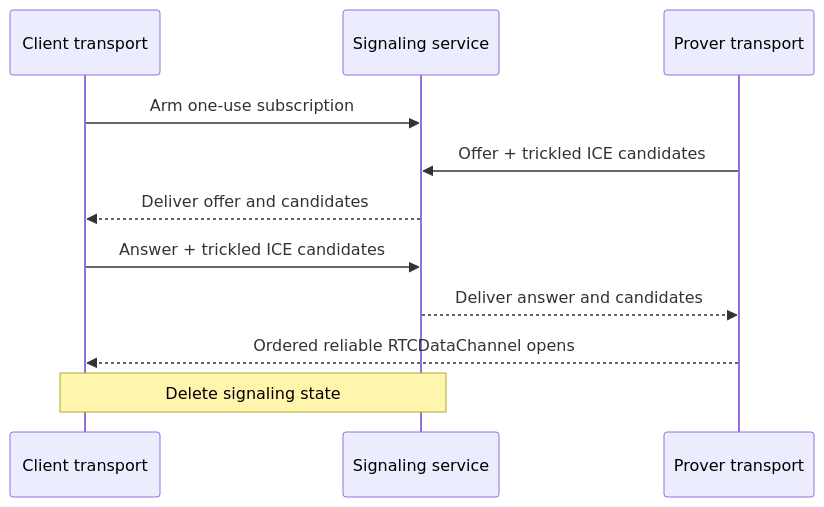
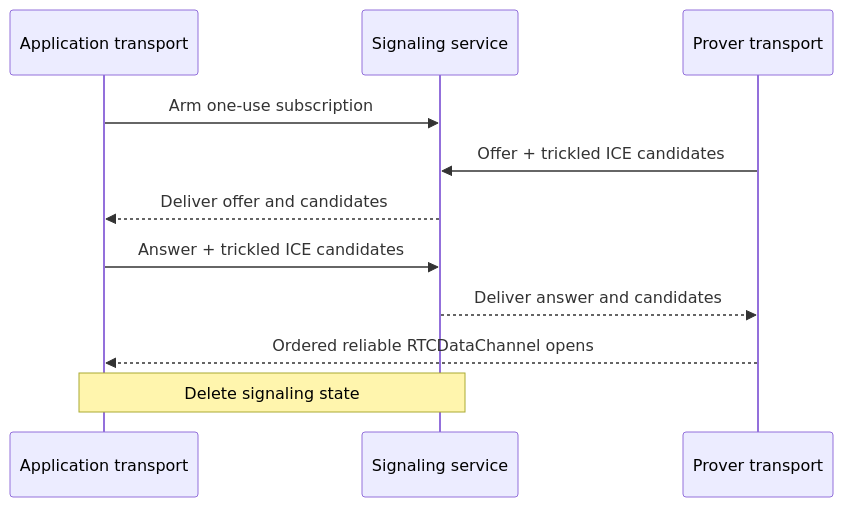
One commit to libid-org/libid changed the diagram in ts/packages/ceremony/CCDP-CARRIER-WEBRTC.md. Above: the diagram before and after it, drawn with Mermaid. The commit also changed other lines of this file and 7 other files, not shown here.

````diff
--- a/ts/packages/ceremony/CCDP-CARRIER-WEBRTC.md
+++ b/ts/packages/ceremony/CCDP-CARRIER-WEBRTC.md
@@ -172,14 +207,14 @@
 ```mermaid
 sequenceDiagram
-    participant A as Client transport
+    participant A as Application transport
     participant G as Signaling service
     participant P as Prover transport
 
     A->>G: Arm one-use subscription
     P->>G: Offer + trickled ICE candidates
     G-->>A: Deliver offer and candidates
     A->>G: Answer + trickled ICE candidates
     G-->>P: Deliver answer and candidates
     P-->>A: Ordered reliable RTCDataChannel opens
     Note over A,G: Delete signaling state
 ```
````
